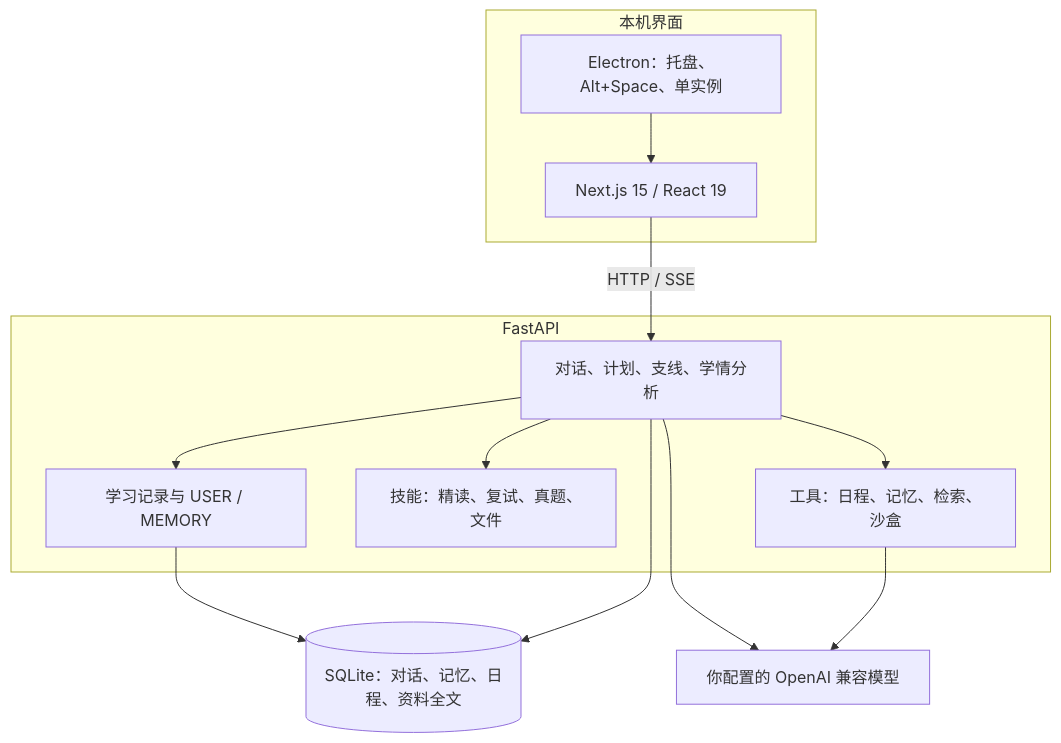
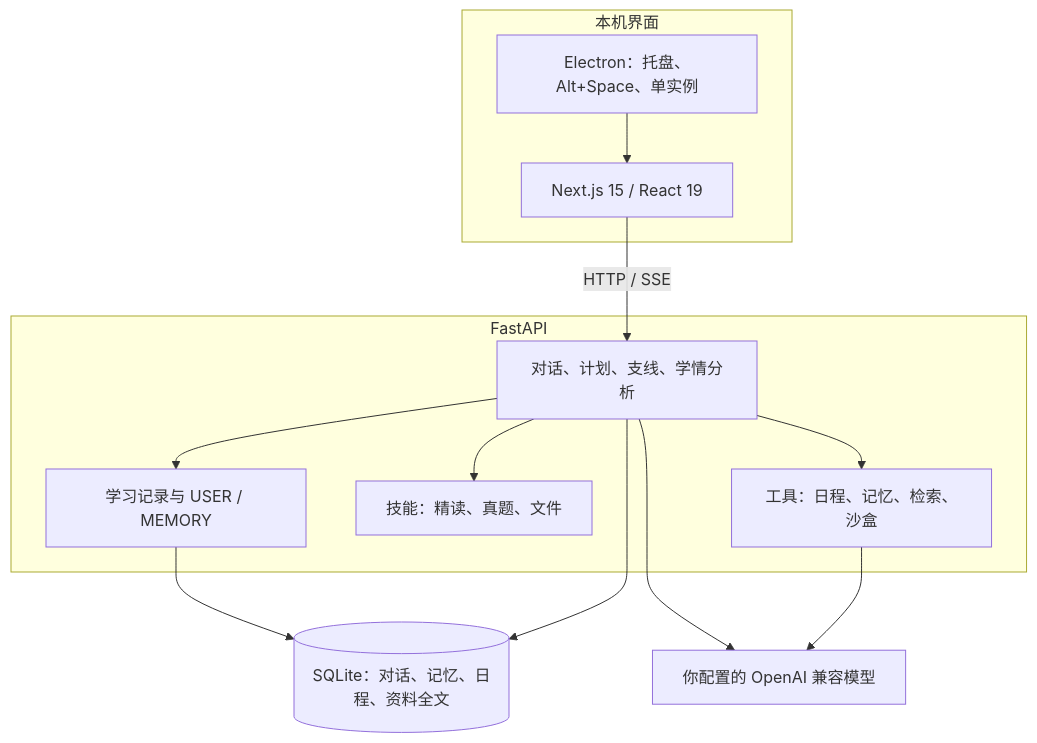
One commit to YinLingxiao/KnowGap changed the diagram in docs/how-it-works.md. Above: the diagram before and after it, drawn with Mermaid. The commit also changed other lines of this file and 3 other files, not shown here.

````diff
--- a/docs/how-it-works.md
+++ b/docs/how-it-works.md
@@ -214,24 +191,24 @@
 ```mermaid
 flowchart TB
   subgraph client [本机界面]
     electron[Electron：托盘、Alt+Space、单实例]
     next[Next.js 15 / React 19]
   end
   subgraph api [FastAPI]
     orch[对话、计划、支线、学情分析]
     mem[学习记录与 USER / MEMORY]
-    skills[技能：精读、复试、真题、文件]
+    skills[技能：精读、真题、文件]
     tools[工具：日程、记忆、检索、沙盒]
   end
   sqlite[(SQLite：对话、记忆、日程、资料全文)]
   model[你配置的 OpenAI 兼容模型]
   electron --> next
   next -->|HTTP / SSE| orch
   orch --> mem
   orch --> skills
   orch --> tools
   mem --> sqlite
   orch --> sqlite
   orch --> model
   tools --> model
 ```
````
